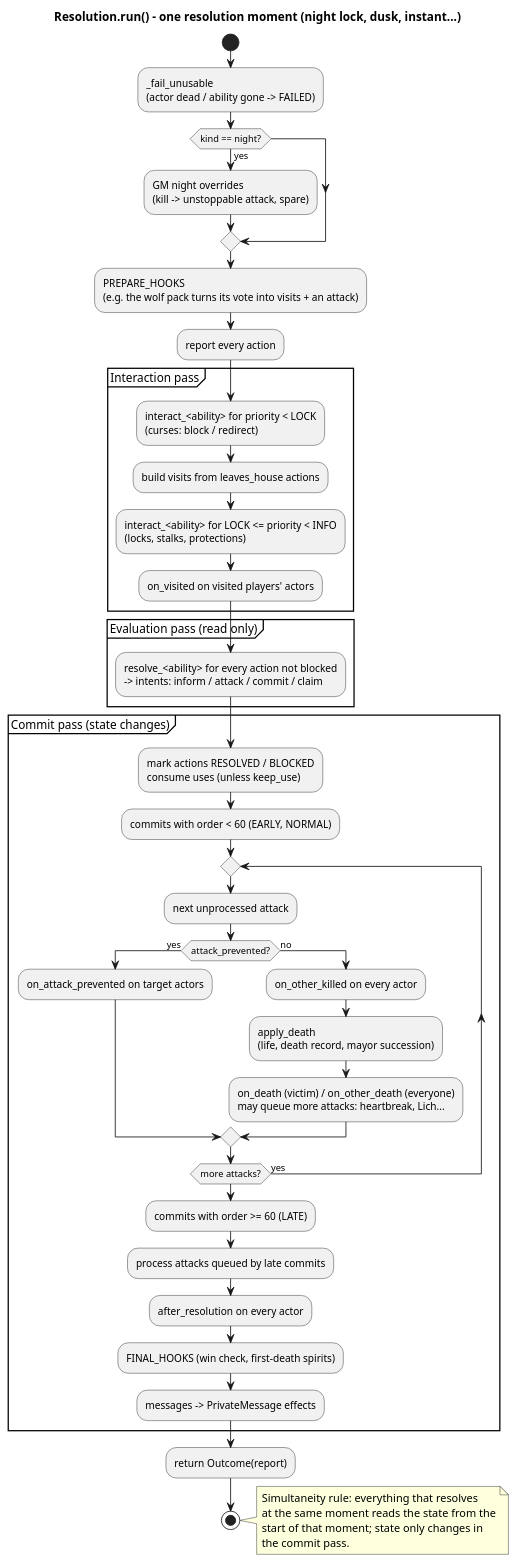
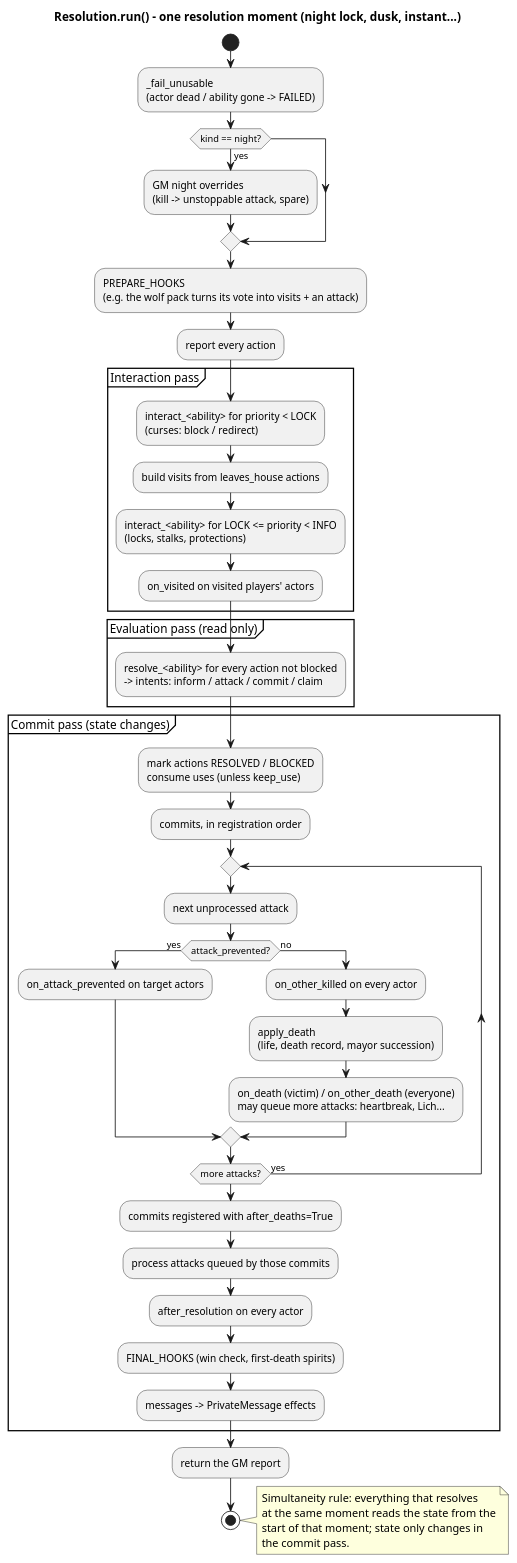
One commit to Mad-Scientist-Guild/Werewolves-bot changed the diagram in Docs/diagrams/07-resolution-pipeline.puml. Above: the diagram before and after it, drawn with PlantUML. The commit also changed 87 other files, not shown here.

```diff
--- a/Docs/diagrams/07-resolution-pipeline.puml
+++ b/Docs/diagrams/07-resolution-pipeline.puml
@@ -1,48 +1,48 @@
 @startuml 07-resolution-pipeline
 title Resolution.run() - one resolution moment (night lock, dusk, instant...)
 
 start
 :_fail_unusable\n(actor dead / ability gone -> FAILED);
 if (kind == night?) then (yes)
   :GM night overrides\n(kill -> unstoppable attack, spare);
 endif
 :PREPARE_HOOKS\n(e.g. the wolf pack turns its vote into visits + an attack);
 :report every action;
 partition "Interaction pass" {
   :interact_<ability> for priority < LOCK\n(curses: block / redirect);
   :build visits from leaves_house actions;
   :interact_<ability> for LOCK <= priority < INFO\n(locks, stalks, protections);
   :on_visited on visited players' actors;
 }
 partition "Evaluation pass (read only)" {
   :resolve_<ability> for every action not blocked\n-> intents: inform / attack / commit / claim;
 }
 partition "Commit pass (state changes)" {
   :mark actions RESOLVED / BLOCKED\nconsume uses (unless keep_use);
-  :commits with order < 60 (EARLY, NORMAL);
+  :commits, in registration order;
   repeat
     :next unprocessed attack;
     if (attack_prevented?) then (yes)
       :on_attack_prevented on target actors;
     else (no)
       :on_other_killed on every actor;
       :apply_death\n(life, death record, mayor succession);
       :on_death (victim) / on_other_death (everyone)\nmay queue more attacks: heartbreak, Lich...;
     endif
   repeat while (more attacks?) is (yes)
-  :commits with order >= 60 (LATE);
-  :process attacks queued by late commits;
+  :commits registered with after_deaths=True;
+  :process attacks queued by those commits;
   :after_resolution on every actor;
   :FINAL_HOOKS (win check, first-death spirits);
   :messages -> PrivateMessage effects;
 }
-:return Outcome(report);
+:return the GM report;
 stop
 
 note right
   Simultaneity rule: everything that resolves
   at the same moment reads the state from the
   start of that moment; state only changes in
   the commit pass.
 end note
 @enduml
```
